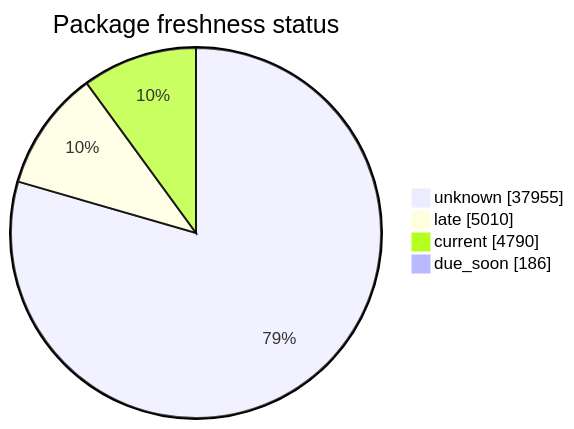
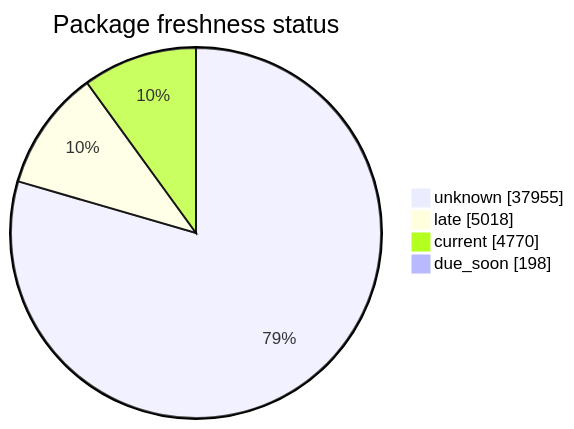
Before and after one commit to open-data/analytics-corporate-reporting: the second of 5 diagrams in FreshCheck/README.md, drawn with Mermaid. The commit also changed other lines of this file and 3 other files, not shown here.

````diff
--- a/FreshCheck/README.md
+++ b/FreshCheck/README.md
@@ -68,7 +68,7 @@
 ```mermaid
 pie showData title Package freshness status
     "unknown": 37955
-    "late": 5010
-    "current": 4790
-    "due_soon": 186
+    "late": 5018
+    "current": 4770
+    "due_soon": 198
 ```
````
